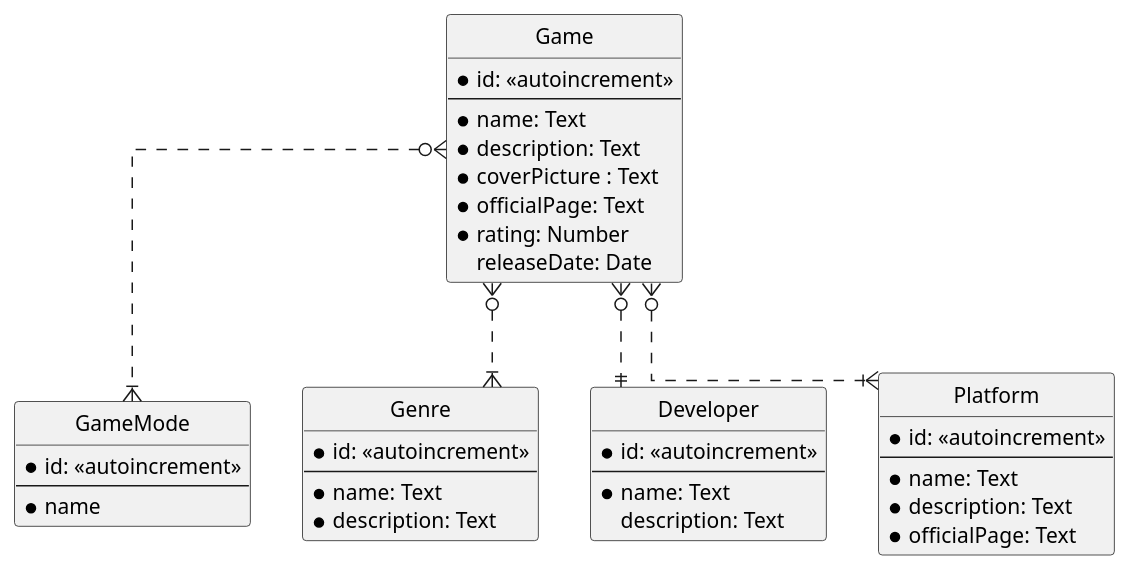
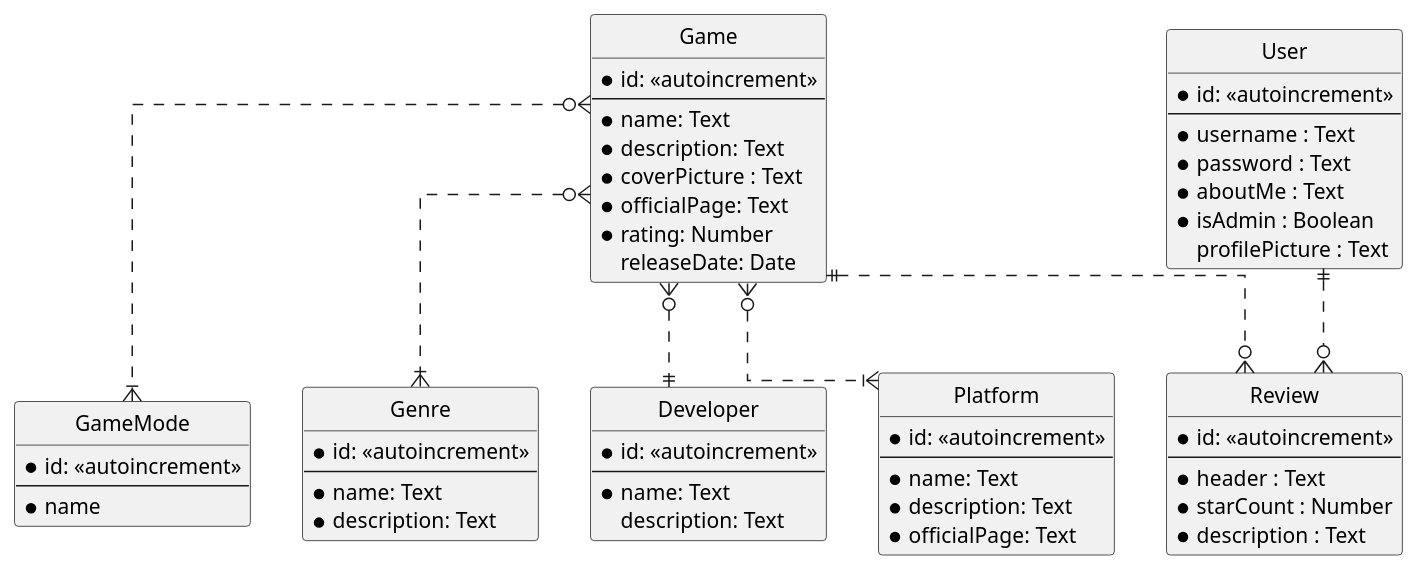
The diagram in backend/prisma/erd.puml (TrawenCZ/cshd-project), drawn with PlantUML before and after one commit. The commit also changed 13 other files, not shown here.

```diff
--- a/backend/prisma/erd.puml
+++ b/backend/prisma/erd.puml
@@ -1,50 +1,70 @@
 @startuml CSHDDatabase
 
 hide circle
 skinparam Linetype ortho
 
 entity Game {
     * id: <<autoincrement>>
     ---
     * name: Text
     * description: Text
     * coverPicture : Text
     * officialPage: Text
     * rating: Number
     releaseDate: Date
 }
 
 entity GameMode {
     * id: <<autoincrement>>
     ---
     * name
 }
 
 entity Genre {
     * id: <<autoincrement>>
     ---
     * name: Text
     * description: Text
 }
 
 entity Developer {
     * id: <<autoincrement>>
     ---
     * name: Text
     description: Text
 }
 
 entity Platform {
     * id: <<autoincrement>>
     ---
     * name: Text
     * description: Text
     * officialPage: Text
 }
 
+entity User {
+    * id: <<autoincrement>>
+    ---
+    * username : Text
+    * password : Text
+    * aboutMe : Text
+    * isAdmin : Boolean
+    profilePicture : Text
+}
+
+entity Review {
+    * id: <<autoincrement>>
+    ---
+    * header : Text
+    * starCount : Number
+    * description : Text
+}
+
 Game }o..|| Developer
 Game }o..|{ Genre
 Game }o..|{ GameMode
 Game }o..|{ Platform
+Game ||..o{ Review
+User ||..o{ Review
 
 @enduml
```
